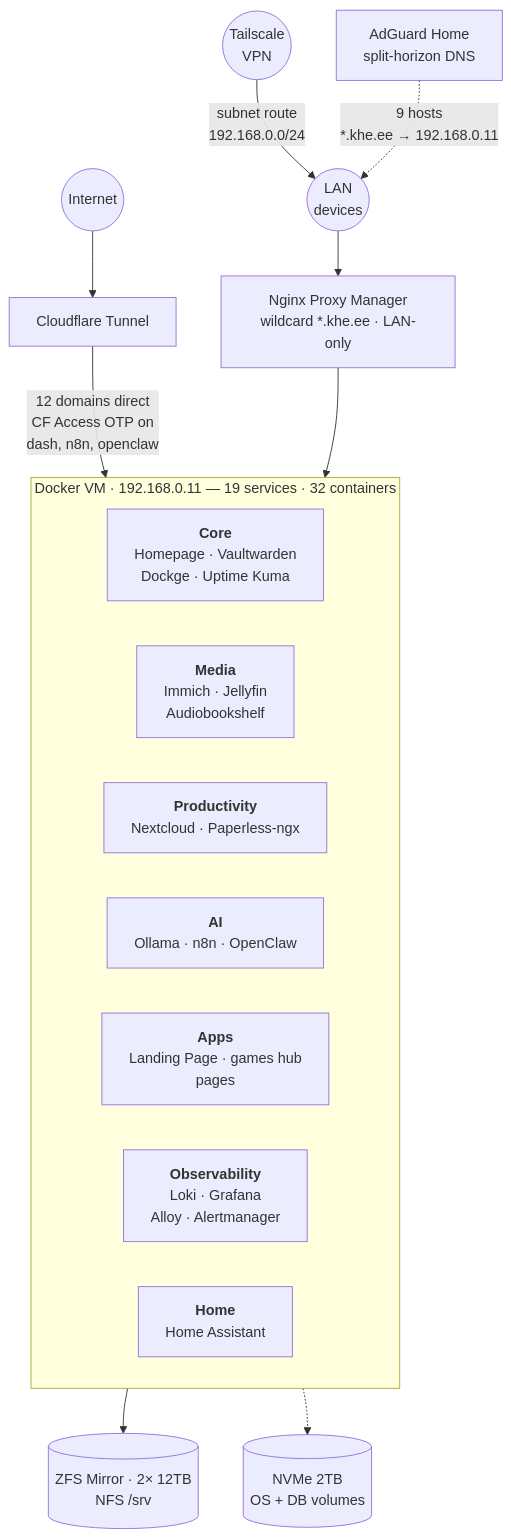
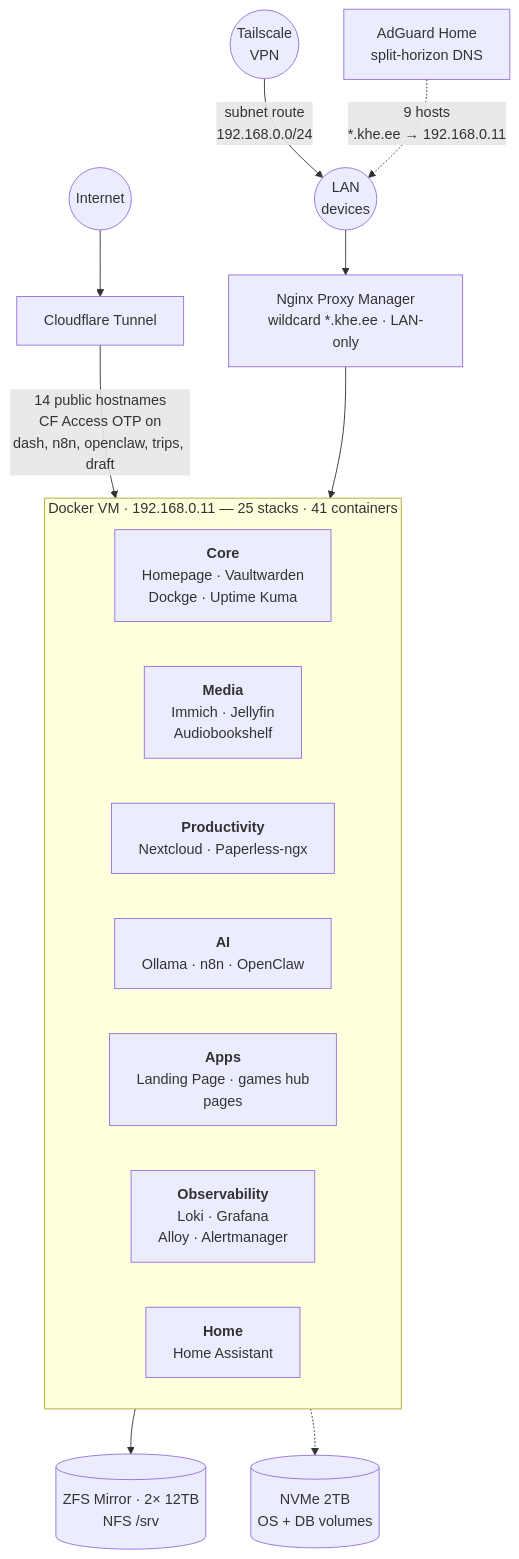
One commit to khelias/khe-homelab changed the diagram in README.md. Above: the diagram before and after it, drawn with Mermaid. The commit also changed other lines of this file and 7 other files, not shown here.

````diff
--- a/README.md
+++ b/README.md
@@ -7,28 +7,28 @@
 ```mermaid
 graph TB
     Internet((Internet))
     VPN((Tailscale<br/>VPN))
     LAN((LAN<br/>devices))
 
     Internet --> CF[Cloudflare Tunnel]
     VPN -->|subnet route<br/>192.168.0.0/24| LAN
     AG[AdGuard Home<br/>split-horizon DNS] -.->|9 hosts<br/>*.khe.ee → 192.168.0.11| LAN
     LAN --> NPM[Nginx Proxy Manager<br/>wildcard *.khe.ee · LAN-only]
 
-    CF -->|12 domains direct<br/>CF Access OTP on<br/>dash, n8n, openclaw| DVM
+    CF -->|14 public hostnames<br/>CF Access OTP on<br/>dash, n8n, openclaw, trips, draft| DVM
     NPM --> DVM
 
-    subgraph DVM[Docker VM · 192.168.0.11 — 19 services · 32 containers]
+    subgraph DVM[Docker VM · 192.168.0.11 — 25 stacks · 41 containers]
         direction LR
         Core["<b>Core</b><br/>Homepage · Vaultwarden<br/>Dockge · Uptime Kuma"]
         Media["<b>Media</b><br/>Immich · Jellyfin<br/>Audiobookshelf"]
         Prod["<b>Productivity</b><br/>Nextcloud · Paperless-ngx"]
         AI["<b>AI</b><br/>Ollama · n8n · OpenClaw"]
         Apps["<b>Apps</b><br/>Landing Page · games hub<br/>pages"]
         Obs["<b>Observability</b><br/>Loki · Grafana<br/>Alloy · Alertmanager"]
         Home["<b>Home</b><br/>Home Assistant"]
     end
 
     DVM --> HDD[(ZFS Mirror · 2× 12TB<br/>NFS /srv)]
     DVM -.-> NVMe[(NVMe 2TB<br/>OS + DB volumes)]
 ```
````
